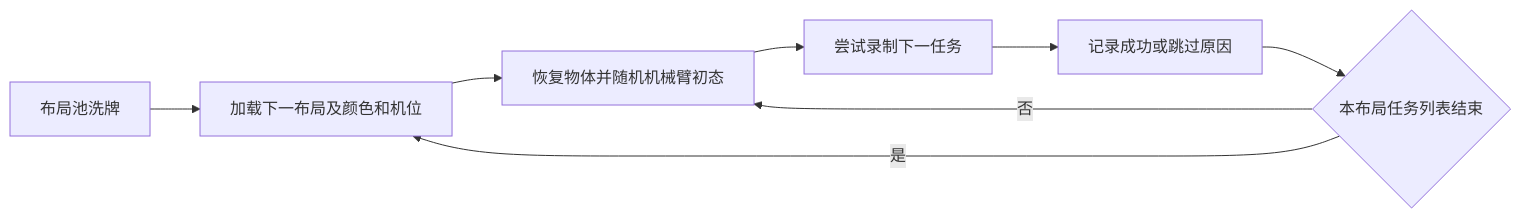
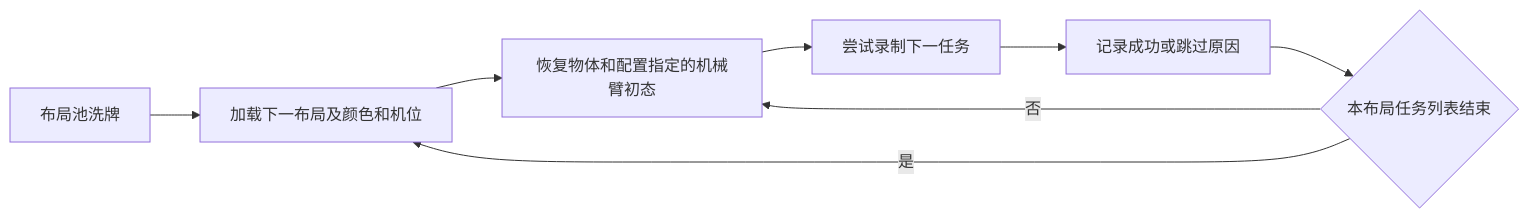
The diagram in server/docs/LAYOUT_SEQUENCE_COLLECTION.md (love-of-city/space_sim_server), drawn with Mermaid before and after one commit. The commit also changed other lines of this file and 207 other files, not shown here.

````diff
--- a/server/docs/LAYOUT_SEQUENCE_COLLECTION.md
+++ b/server/docs/LAYOUT_SEQUENCE_COLLECTION.md
@@ -29,10 +29,10 @@
 ```mermaid
 flowchart LR
   A[布局池洗牌] --> B[加载下一布局及颜色和机位]
-  B --> C[恢复物体并随机机械臂初态]
+  B --> C[恢复物体和配置指定的机械臂初态]
   C --> D[尝试录制下一任务]
   D --> E[记录成功或跳过原因]
   E --> F{本布局任务列表结束}
   F -->|否| C
   F -->|是| B
 ```
````
